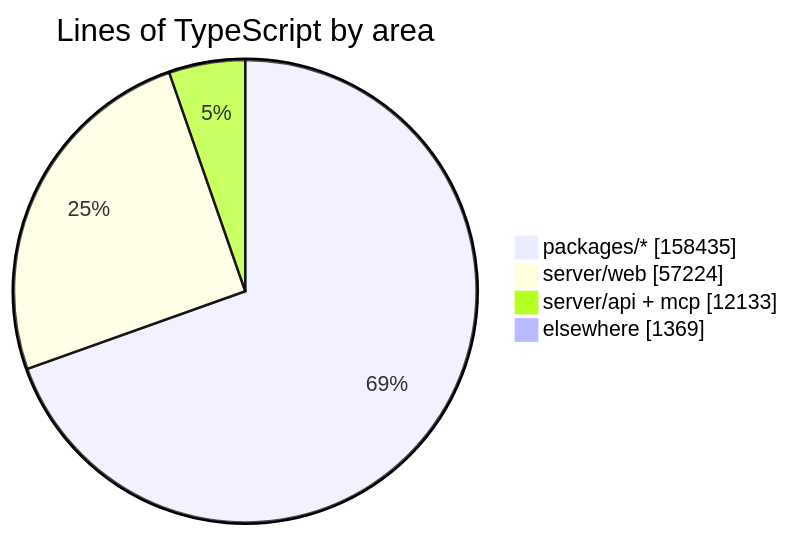
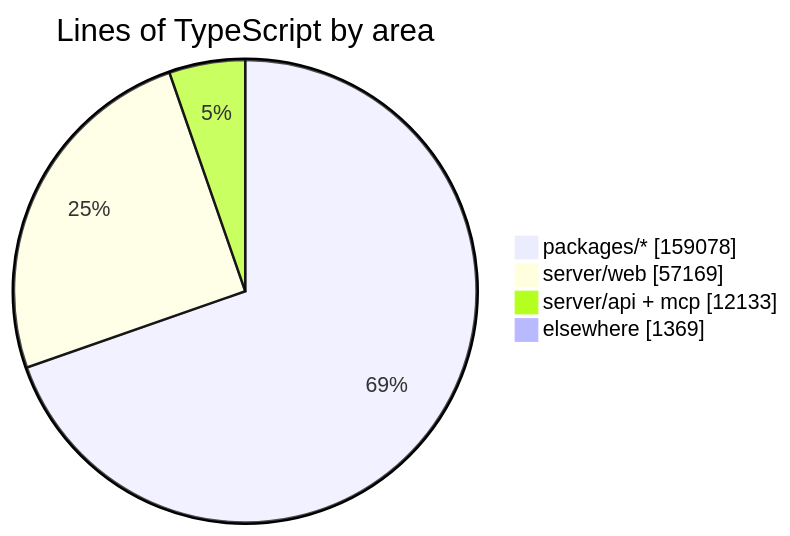
The diagram in README.md (crossworks-engineering/mantle), drawn with Mermaid before and after one commit. The commit also changed other lines of this file and 2 other files, not shown here.

````diff
--- a/README.md
+++ b/README.md
@@ -279,7 +279,7 @@
 ```mermaid
 pie showData title Lines of TypeScript by area
-    "packages/*" : 158435
-    "server/web" : 57224
+    "packages/*" : 159078
+    "server/web" : 57169
     "server/api + mcp" : 12133
     "elsewhere" : 1369
 ```
````
